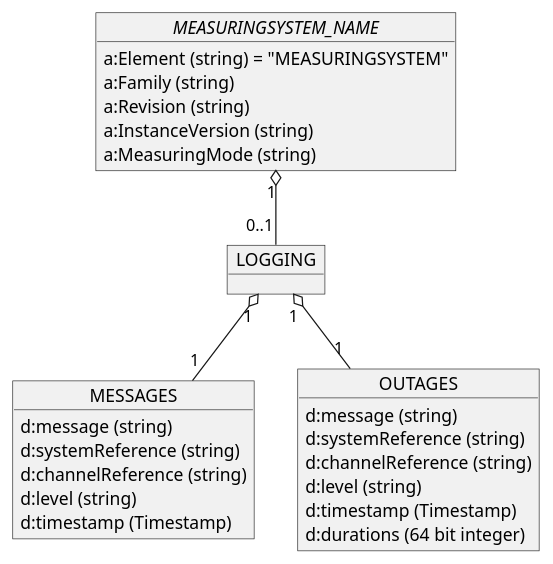
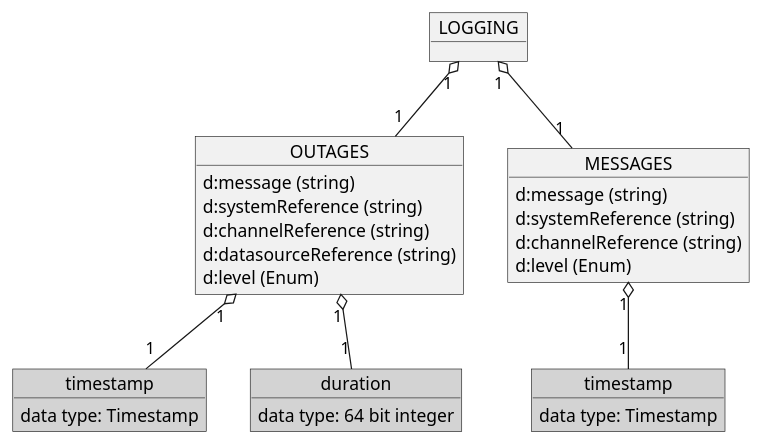
Before and after one commit to OpenRailAssociation/rcm-dx: the ninth of 12 diagrams in images/RCM-DX_images.puml, drawn with PlantUML. The commit also changed other lines of this file and 22 other files, not shown here.

Commit message:
New Images for group overview and main structure added. Fixed some images and its content.

```diff
--- a/images/RCM-DX_images.puml
+++ b/images/RCM-DX_images.puml
@@ -431,35 +266,33 @@
-@startuml RCM_DX_Logging_overview
+@startuml rcmdx_logging_group
+  object LOGGING
 
-  object "//MEASURINGSYSTEM_NAME//" as measuringsystem_name {
-    a:Element (string) = "MEASURINGSYSTEM"
-    a:Family (string)
-    a:Revision (string)
-    a:InstanceVersion (string)
-    a:MeasuringMode (string)
+  object OUTAGES {
+    d:message (string)
+    d:systemReference (string)
+    d:channelReference (string)
+    d:datasourceReference (string)
+    d:level (Enum)
   }
-
-  object LOGGING
+  LOGGING "1" o-- "1" OUTAGES
+  object "timestamp" as out_timestamp #LightGray {
+    data type: Timestamp
+  }
+  object "duration" as out_duration #LightGray {
+    data type: 64 bit integer
+  }
+  OUTAGES "1" o-- "1" out_timestamp
+  OUTAGES "1" o-- "1" out_duration
 
   object MESSAGES {
     d:message (string)
     d:systemReference (string)
     d:channelReference (string)
-    d:level (string)
-    d:timestamp (Timestamp)
+    d:level (Enum)
   }
+  LOGGING "1" o-- "1" MESSAGES
 
-  object OUTAGES {
-    d:message (string)
-    d:systemReference (string)
-    d:channelReference (string)
-    d:level (string)
-    d:timestamp (Timestamp)
-    d:durations (64 bit integer)
+  object "timestamp" as msg_timestamp #LightGray {
+    data type: Timestamp
   }
-
-  measuringsystem_name "1" o-- "0..1" LOGGING
-
-  LOGGING "1" o-- "1" MESSAGES
-  LOGGING "1" o-- "1" OUTAGES
-
+  MESSAGES "1" o-- "1" msg_timestamp
 @enduml
```
